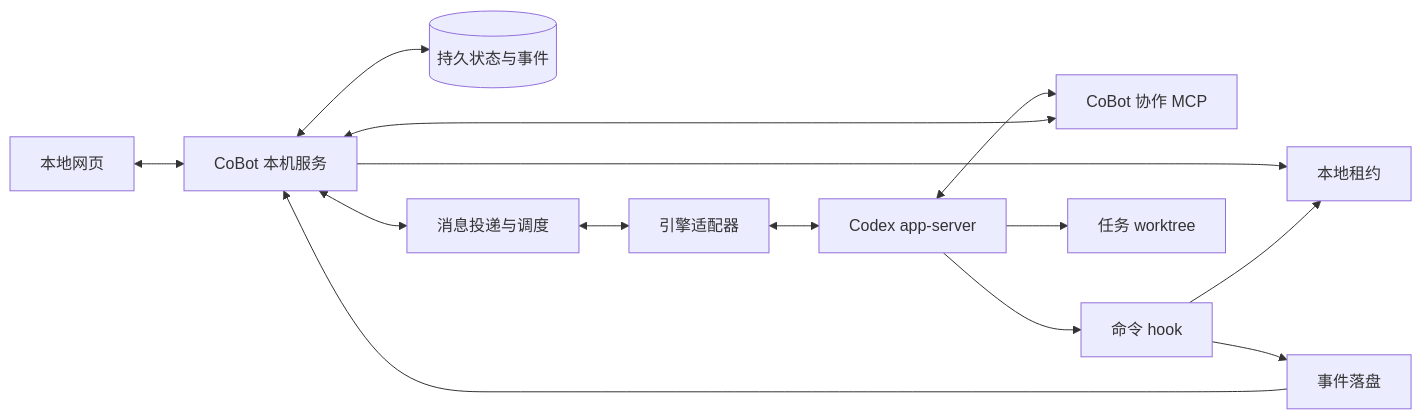
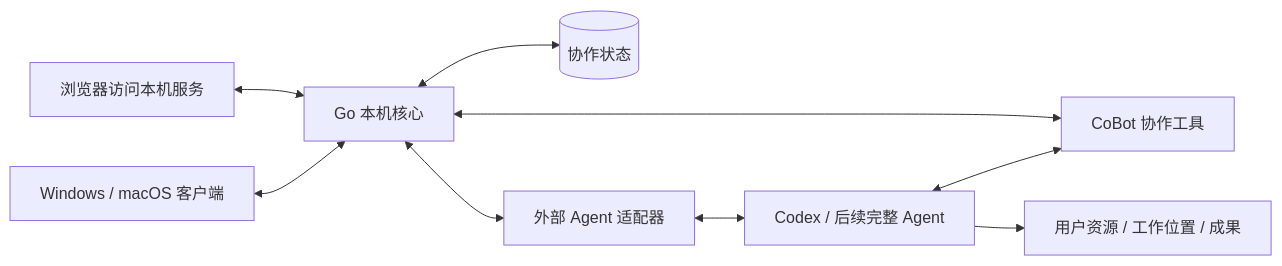
One commit to kunghim/CoBot changed the first of 2 diagrams in docs/技术方案.md. Above: the diagram before and after it, drawn with Mermaid. The commit also changed other lines of this file and 6 other files, not shown here.

````diff
--- a/docs/技术方案.md
+++ b/docs/技术方案.md
@@ -12,16 +12,11 @@
 ```mermaid
 flowchart LR
-    U[本地网页] <--> A[CoBot 本机服务]
-    A <--> D[(持久状态与事件)]
-    A <--> O[消息投递与调度]
-    O <--> E[引擎适配器]
-    E <--> C[Codex app-server]
-    C <--> M[CoBot 协作 MCP]
+    U[Windows / macOS 客户端] <--> A[Go 本机核心]
+    B[浏览器访问本机服务] <--> A
+    A <--> D[(协作状态)]
+    A <--> E[外部 Agent 适配器]
+    E <--> C[Codex / 后续完整 Agent]
+    C <--> M[CoBot 协作工具]
     M <--> A
-    C --> H[命令 hook]
-    A --> L[本地租约]
-    H --> L
-    H --> S[事件落盘]
-    S --> A
-    C --> W[任务 worktree]
+    C --> R[用户资源 / 工作位置 / 成果]
 ```
````
